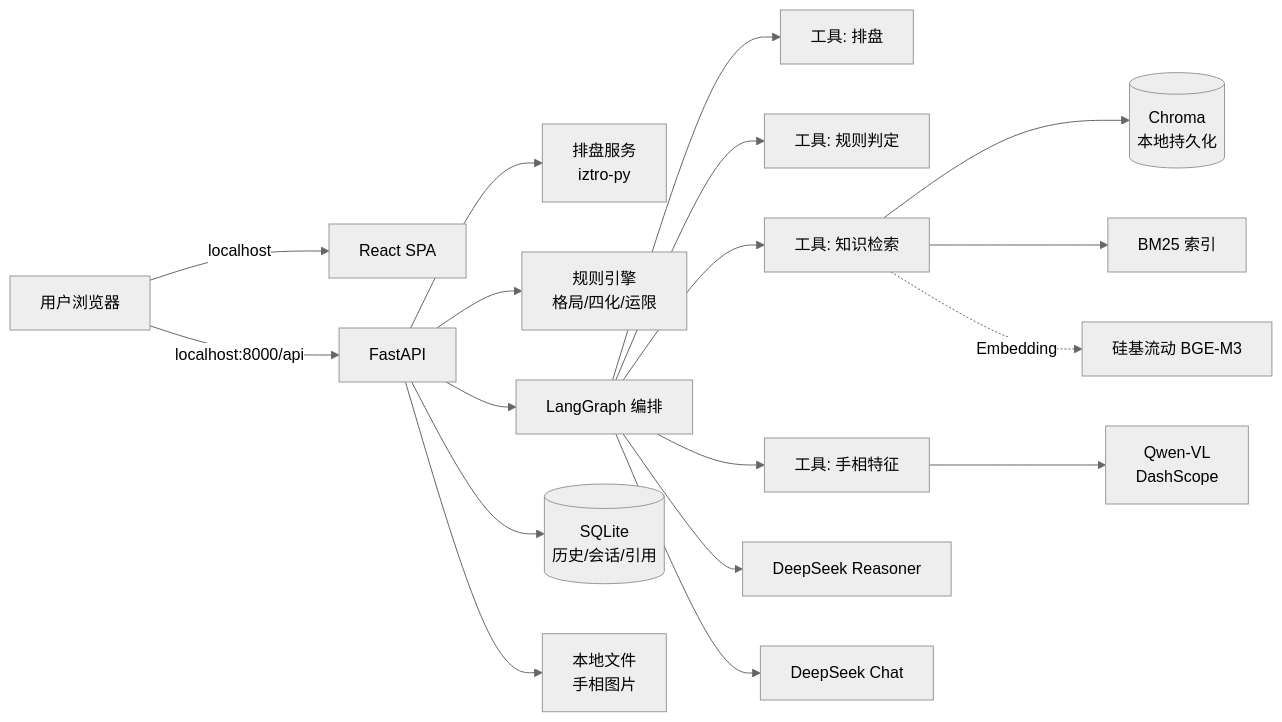
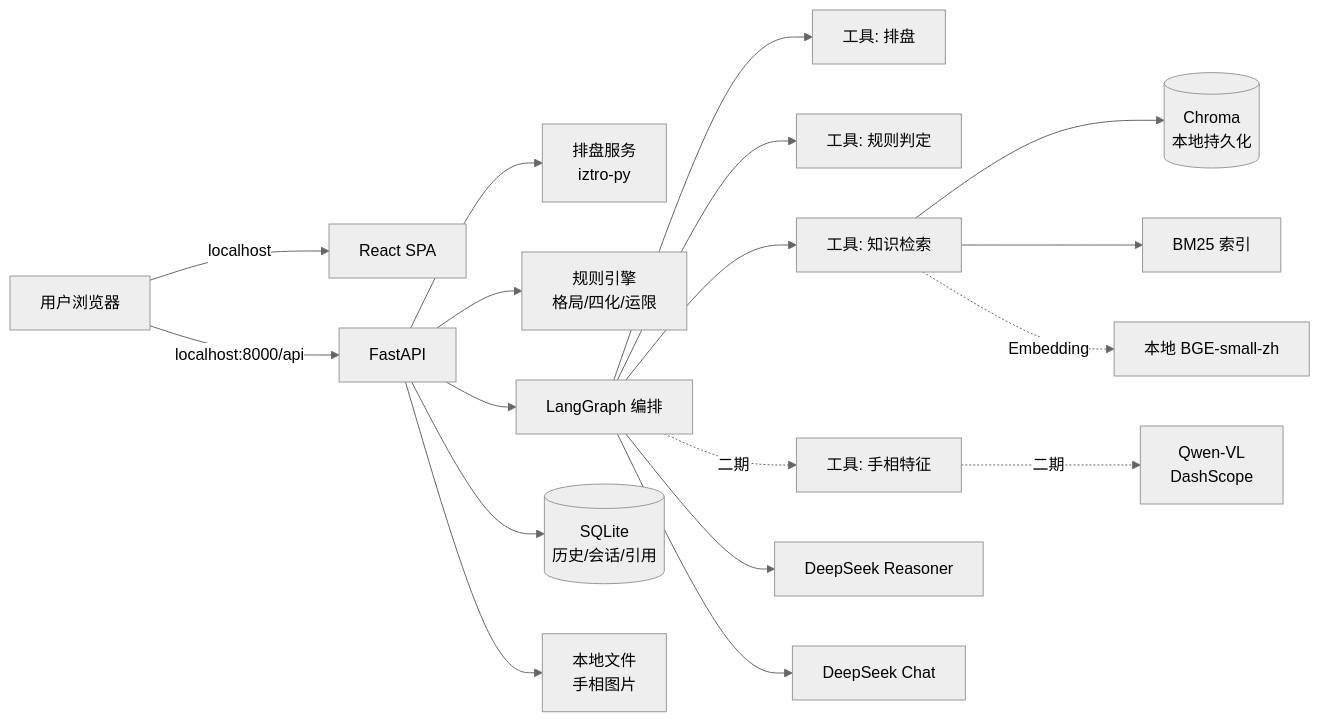
The first of 2 diagrams in docs/01-项目计划书.md (jizhanpeng/ziwei-insight), drawn with Mermaid (neutral theme) before and after one commit. The commit also changed other lines of this file and 6 other files, not shown here.

Commit message:
docs: scope phase one to local embedding and defer hand reading; add MIT license

````diff
--- a/docs/01-项目计划书.md
+++ b/docs/01-项目计划书.md
@@ -202,20 +204,20 @@
 ```mermaid
 flowchart LR
     U[用户浏览器] -->|localhost| W[React SPA]
     U -->|localhost:8000/api| A[FastAPI]
     A --> C[排盘服务<br/>iztro-py]
     A --> R[规则引擎<br/>格局/四化/运限]
     A --> G[LangGraph 编排]
     A --> DB[(SQLite<br/>历史/会话/引用)]
     A --> FS[本地文件<br/>手相图片]
     G --> T1[工具: 排盘]
     G --> T2[工具: 规则判定]
     G --> T3[工具: 知识检索]
-    G --> T4[工具: 手相特征]
+    G -.二期.-> T4[工具: 手相特征]
     G --> L1[DeepSeek Reasoner]
     G --> L2[DeepSeek Chat]
     T3 --> Q[(Chroma<br/>本地持久化)]
     T3 --> B[BM25 索引]
-    T4 --> V[Qwen-VL<br/>DashScope]
-    T3 -.Embedding.-> E[硅基流动 BGE-M3]
+    T4 -.二期.-> V[Qwen-VL<br/>DashScope]
+    T3 -.Embedding.-> E[本地 BGE-small-zh]
 ```
````
